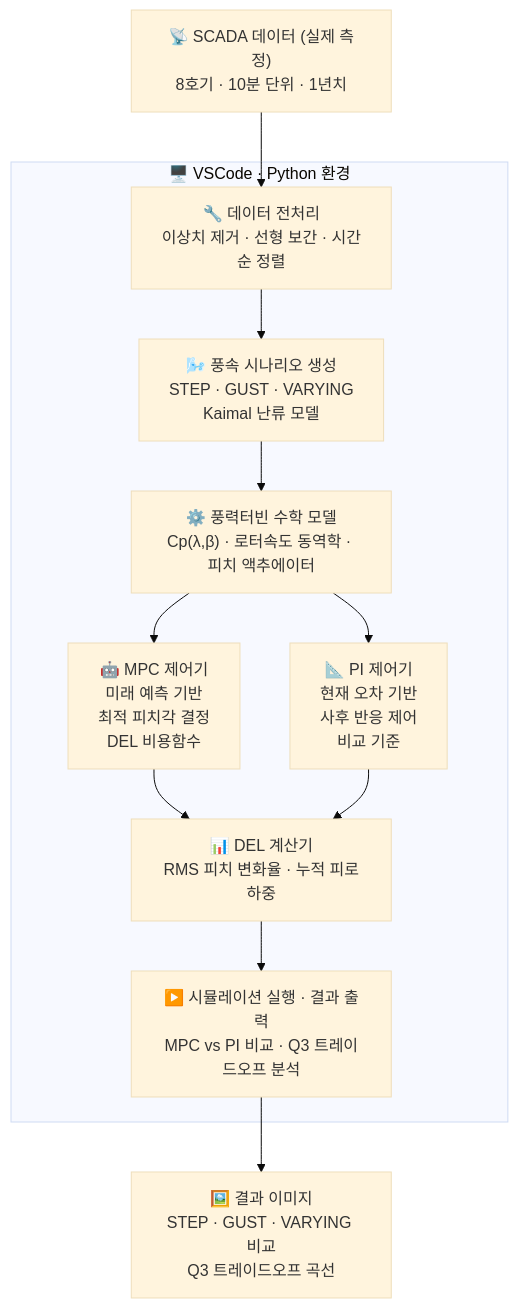
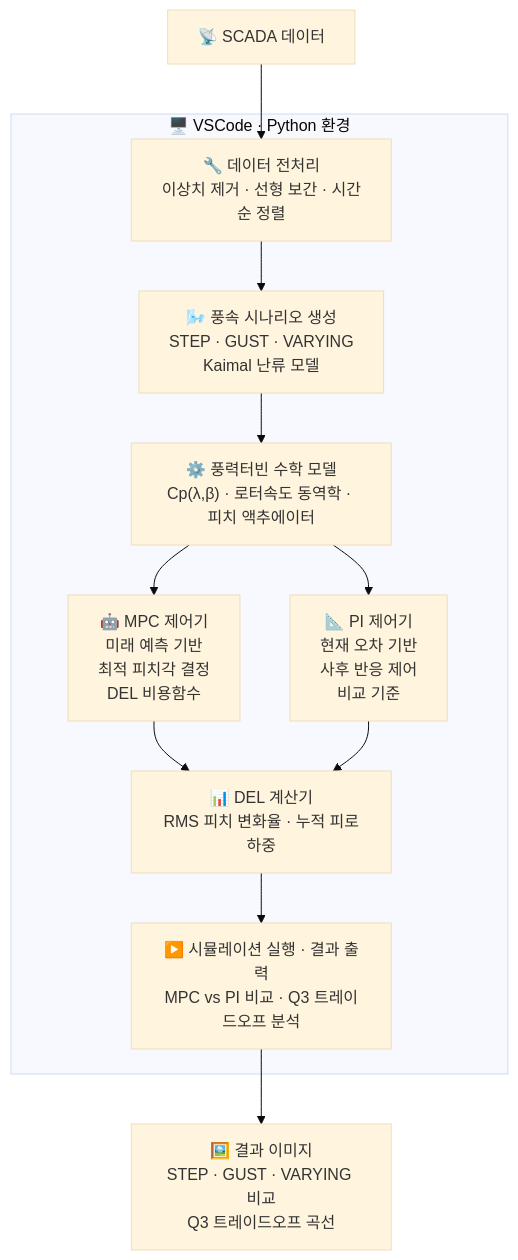
Before and after one commit to seyong628/Capstone-Design: the diagram in README.md, drawn with Mermaid (base theme). The commit also changed other lines of this file, not shown here.

````diff
--- a/README.md
+++ b/README.md
@@ -42,26 +42,26 @@
 ```mermaid
 flowchart TD
-    SCADA["📡 SCADA 데이터 (실제 측정)\n8호기 · 10분 단위 · 1년치"]
+    SCADA["📡 SCADA 데이터 "]
 
     subgraph PY["🖥️ VSCode · Python 환경"]
         PRE["🔧 데이터 전처리\n이상치 제거 · 선형 보간 · 시간순 정렬"]
         WIND["🌬️ 풍속 시나리오 생성\nSTEP · GUST · VARYING\nKaimal 난류 모델"]
         TURB["⚙️ 풍력터빈 수학 모델\nCp(λ,β) · 로터속도 동역학 · 피치 액추에이터"]
         MPC["🤖 MPC 제어기\n미래 예측 기반\n최적 피치각 결정\nDEL 비용함수"]
         PI["📐 PI 제어기\n현재 오차 기반\n사후 반응 제어\n비교 기준"]
         DEL["📊 DEL 계산기\nRMS 피치 변화율 · 누적 피로하중"]
         MAIN["▶️ 시뮬레이션 실행 · 결과 출력\nMPC vs PI 비교 · Q3 트레이드오프 분석"]
     end
 
     RESULT["🖼️ 결과 이미지\nSTEP · GUST · VARYING 비교\nQ3 트레이드오프 곡선"]
 
     SCADA --> PRE
     PRE --> WIND
     WIND --> TURB
     TURB --> MPC
     TURB --> PI
     MPC --> DEL
     PI --> DEL
     DEL --> MAIN
     MAIN --> RESULT
 ```
````
